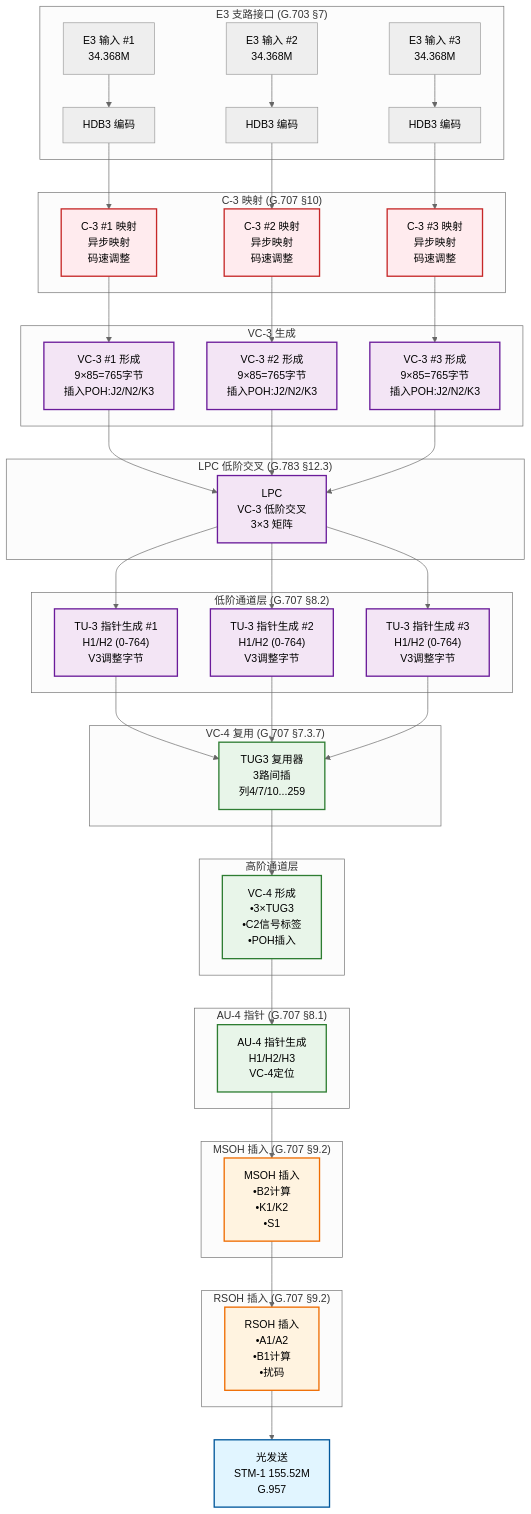
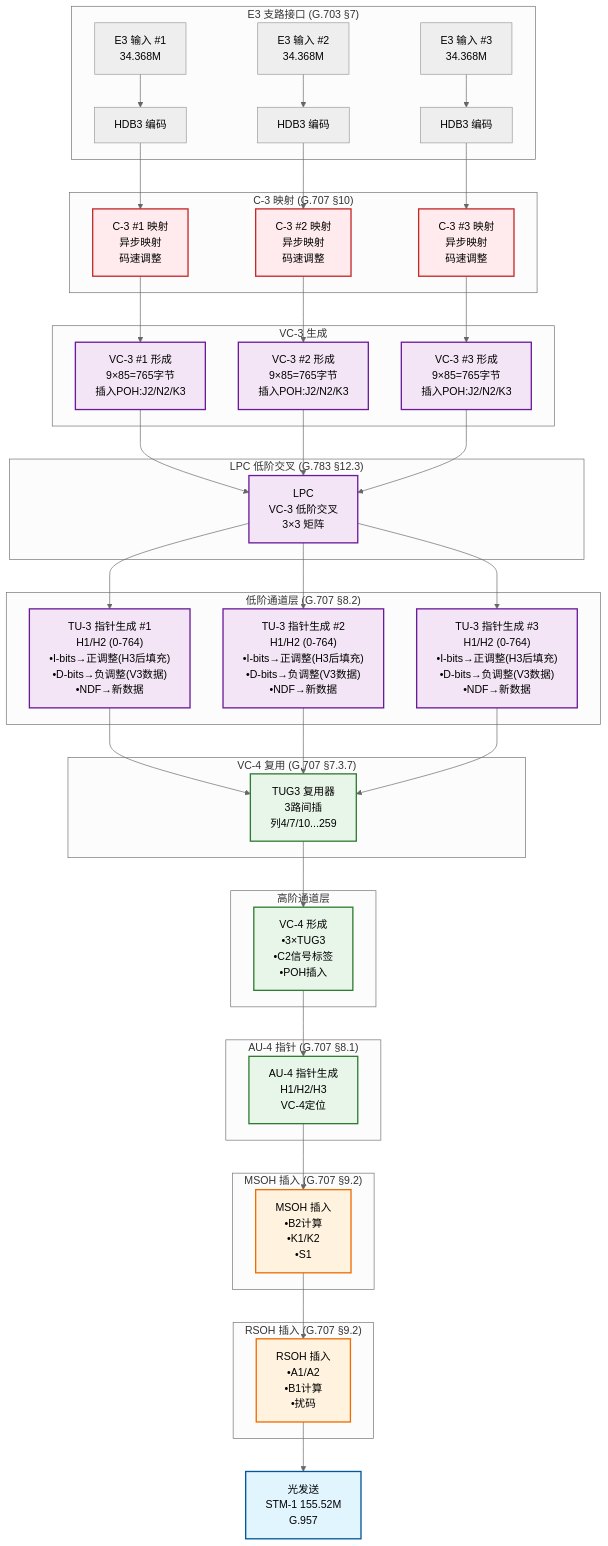
Before and after one commit to i-daydayup/optical_transport: the second of 4 diagrams in docs/SDH_VC3_Bidirectional_Dataflow.md, drawn with Mermaid (neutral theme). The commit also changed other lines of this file and 2 other files, not shown here.

````diff
--- a/docs/SDH_VC3_Bidirectional_Dataflow.md
+++ b/docs/SDH_VC3_Bidirectional_Dataflow.md
@@ -136,95 +139,95 @@
     classDef ho fill:#e8f5e9,stroke:#2e7d32,stroke-width:2px
     classDef lo fill:#f3e5f5,stroke:#6a1b9a,stroke-width:2px
     classDef trib fill:#ffebee,stroke:#c62828,stroke-width:2px
-
+    
     %% E3 输入
     subgraph E3_IN ["E3 支路接口 (G.703 §7)"]
         E3_1["E3 输入 #1<br/>34.368M"] --> HDB3_ENC1["HDB3 编码"]
         E3_2["E3 输入 #2<br/>34.368M"] --> HDB3_ENC2["HDB3 编码"]
         E3_3["E3 输入 #3<br/>34.368M"] --> HDB3_ENC3["HDB3 编码"]
     end
-
+    
     HDB3_ENC1 --> C3_MAP1
     HDB3_ENC2 --> C3_MAP2
     HDB3_ENC3 --> C3_MAP3
-
+    
     %% C-3 映射
     subgraph C3_MAP ["C-3 映射 (G.707 §10)"]
         C3_MAP1["C-3 #1 映射<br/>异步映射<br/>码速调整"]:::trib
         C3_MAP2["C-3 #2 映射<br/>异步映射<br/>码速调整"]:::trib
         C3_MAP3["C-3 #3 映射<br/>异步映射<br/>码速调整"]:::trib
     end
-
+    
     C3_MAP1 --> VC3_GEN1
     C3_MAP2 --> VC3_GEN2
     C3_MAP3 --> VC3_GEN3
-
+    
     %% VC-3 生成
     subgraph VC3_GEN ["VC-3 生成"]
         VC3_GEN1["VC-3 #1 形成<br/>9×85=765字节<br/>插入POH:J2/N2/K3"]:::lo
         VC3_GEN2["VC-3 #2 形成<br/>9×85=765字节<br/>插入POH:J2/N2/K3"]:::lo
         VC3_GEN3["VC-3 #3 形成<br/>9×85=765字节<br/>插入POH:J2/N2/K3"]:::lo
     end
-
+    
     VC3_GEN1 --> LPC
     VC3_GEN2 --> LPC
     VC3_GEN3 --> LPC
-
+    
     %% LPC 交叉
     subgraph LPC_TX ["LPC 低阶交叉 (G.783 §12.3)"]
         LPC["LPC<br/>VC-3 低阶交叉<br/>3×3 矩阵"]:::lo
     end
-
+    
     LPC --> TU3_PTR1
     LPC --> TU3_PTR2
     LPC --> TU3_PTR3
-
-    %% TU-3 指针生成
+    
+    %% TU-3 指针生成（修正版）
     subgraph TU3_GEN ["低阶通道层 (G.707 §8.2)"]
-        TU3_PTR1["TU-3 指针生成 #1<br/>H1/H2 (0-764)<br/>V3调整字节"]:::lo
-        TU3_PTR2["TU-3 指针生成 #2<br/>H1/H2 (0-764)<br/>V3调整字节"]:::lo
-        TU3_PTR3["TU-3 指针生成 #3<br/>H1/H2 (0-764)<br/>V3调整字节"]:::lo
+        TU3_PTR1["TU-3 指针生成 #1<br/>H1/H2 (0-764)<br/>•I-bits→正调整(H3后填充)<br/>•D-bits→负调整(V3数据)<br/>•NDF→新数据"]:::lo
+        TU3_PTR2["TU-3 指针生成 #2<br/>H1/H2 (0-764)<br/>•I-bits→正调整(H3后填充)<br/>•D-bits→负调整(V3数据)<br/>•NDF→新数据"]:::lo
+        TU3_PTR3["TU-3 指针生成 #3<br/>H1/H2 (0-764)<br/>•I-bits→正调整(H3后填充)<br/>•D-bits→负调整(V3数据)<br/>•NDF→新数据"]:::lo
     end
-
+    
     TU3_PTR1 --> TUG3_MUX
     TU3_PTR2 --> TUG3_MUX
     TU3_PTR3 --> TUG3_MUX
-
+    
     %% TUG3 复用
     subgraph TUG3 ["VC-4 复用 (G.707 §7.3.7)"]
         TUG3_MUX["TUG3 复用器<br/>3路间插<br/>列4/7/10...259"]:::ho
     end
-
+    
     TUG3_MUX --> VC4_GEN
-
+    
     %% VC-4 生成
     subgraph VC4_FORM ["高阶通道层"]
         VC4_GEN["VC-4 形成<br/>•3×TUG3<br/>•C2信号标签<br/>•POH插入"]:::ho
     end
-
+    
     VC4_GEN --> AU4_PTR
-
+    
     %% AU-4 指针
     subgraph AU4 ["AU-4 指针 (G.707 §8.1)"]
         AU4_PTR["AU-4 指针生成<br/>H1/H2/H3<br/>VC-4定位"]:::ho
     end
-
+    
     AU4_PTR --> MSOH_INS
-
+    
     %% MSOH 插入
     subgraph MSOH ["MSOH 插入 (G.707 §9.2)"]
         MSOH_INS["MSOH 插入<br/>•B2计算<br/>•K1/K2<br/>•S1"]:::soh
     end
-
+    
     MSOH_INS --> RSOH_INS
-
+    
     %% RSOH 插入
     subgraph RSOH ["RSOH 插入 (G.707 §9.2)"]
         RSOH_INS["RSOH 插入<br/>•A1/A2<br/>•B1计算<br/>•扰码"]:::soh
     end
-
+    
     RSOH_INS --> OPT_TX
-
+    
     %% 光发送
     OPT_TX["光发送<br/>STM-1 155.52M<br/>G.957"]:::phy
 ```
````
